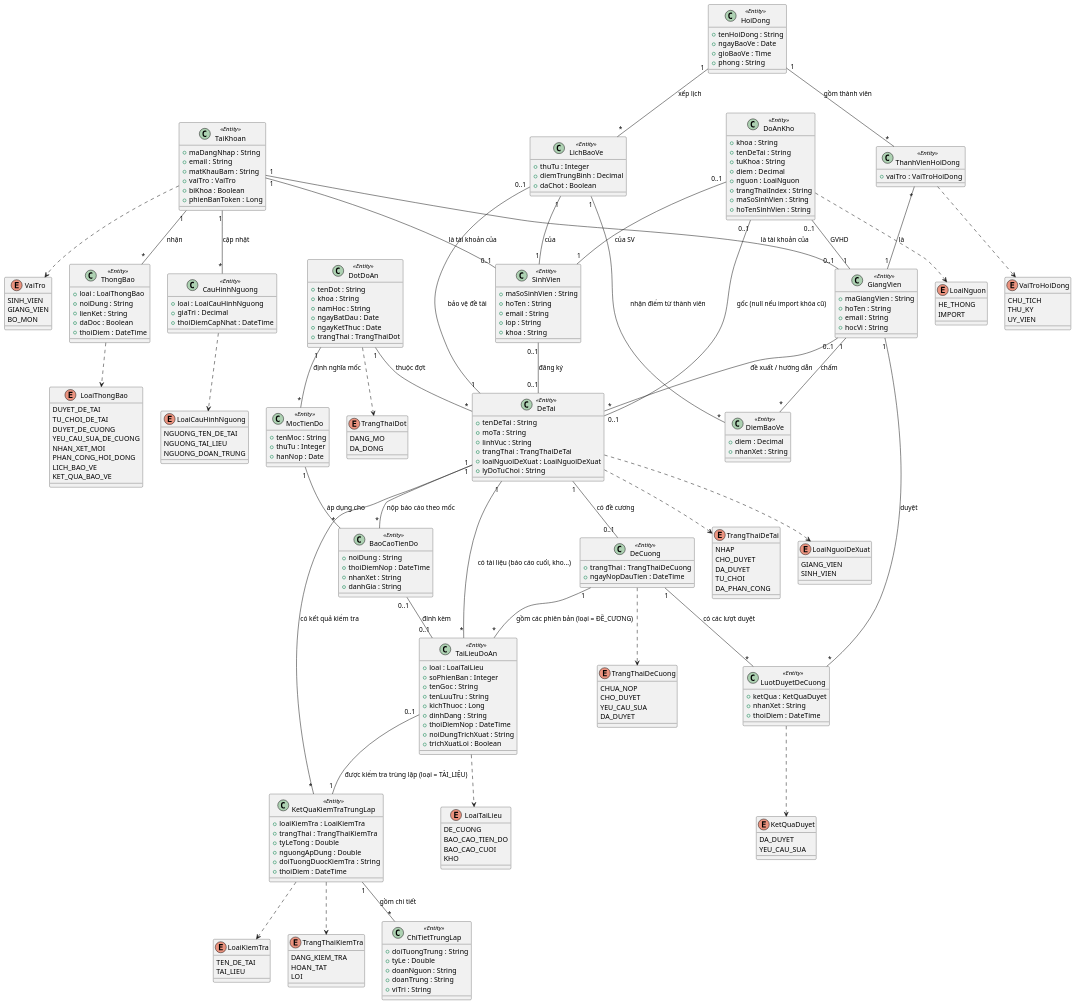
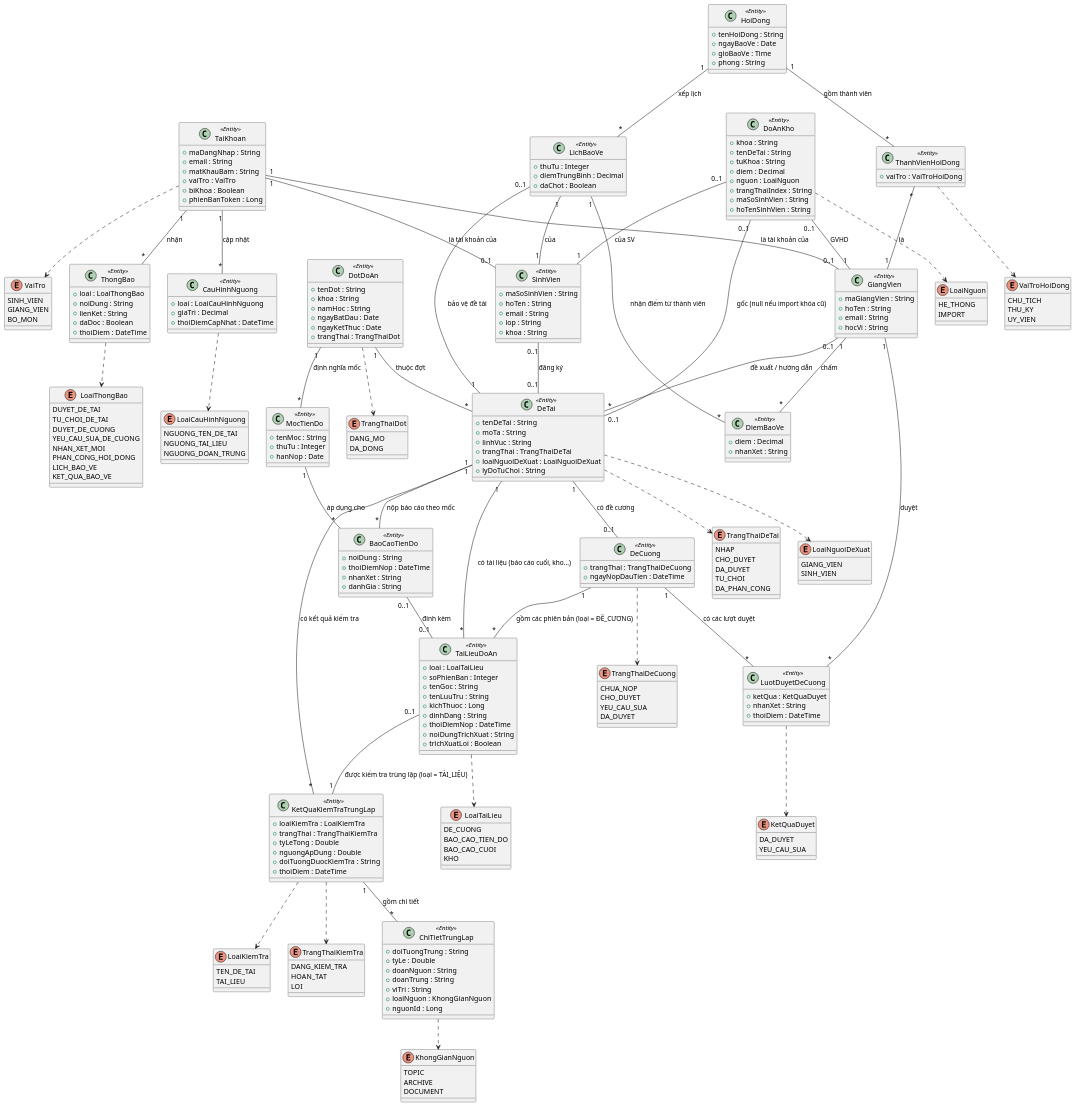
The diagram in docs/chuong-3-thiet-ke/so-do-lop/lop-thuc-the.puml (dtc235200036-alt/ICTU-DATN-NguyenThiMaiAnh), drawn with PlantUML before and after one commit. The commit also changed 10 other files, not shown here.

```diff
--- a/docs/chuong-3-thiet-ke/so-do-lop/lop-thuc-the.puml
+++ b/docs/chuong-3-thiet-ke/so-do-lop/lop-thuc-the.puml
@@ -85,6 +85,12 @@
   NGUONG_DOAN_TRUNG
 }
 
+enum KhongGianNguon {
+  TOPIC
+  ARCHIVE
+  DOCUMENT
+}
+
 ' =====================================================================
 ' Tài khoản & phân quyền
 ' =====================================================================
@@ -150,6 +156,8 @@
   +doanNguon : String
   +doanTrung : String
   +viTri : String
+  +loaiNguon : KhongGianNguon
+  +nguonId : Long
 }
 
 ' =====================================================================
@@ -310,6 +318,7 @@
 ThanhVienHoiDong ..> VaiTroHoiDong
 KetQuaKiemTraTrungLap ..> LoaiKiemTra
 KetQuaKiemTraTrungLap ..> TrangThaiKiemTra
+ChiTietTrungLap ..> KhongGianNguon
 DoAnKho ..> LoaiNguon
 ThongBao ..> LoaiThongBao
 CauHinhNguong ..> LoaiCauHinhNguong
```
